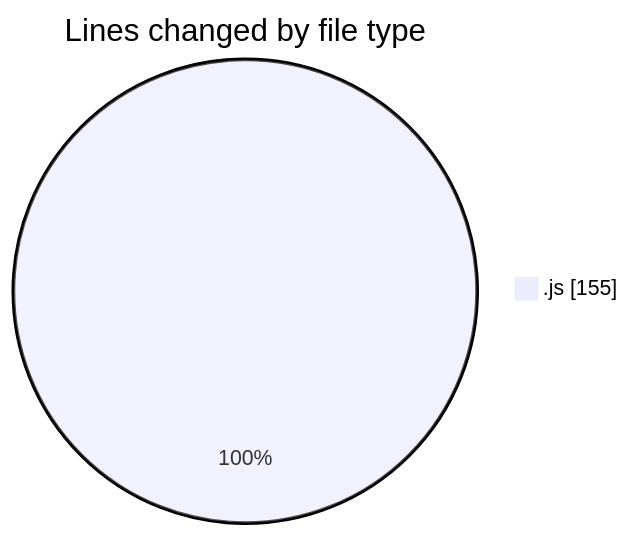
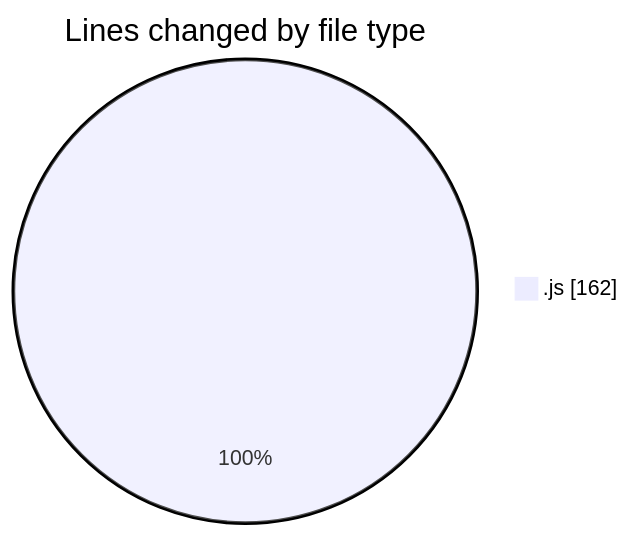
The first of 2 diagrams in 2025-03-13/cda/README.md (momahboobian/code-tracking), drawn with Mermaid before and after one commit. The commit also changed other lines of this file and 1 other file, not shown here.

````diff
--- a/2025-03-13/cda/README.md
+++ b/2025-03-13/cda/README.md
@@ -22,5 +22,5 @@
 ```mermaid
 pie showData
 title Lines changed by file type
-".js" : 155
+".js" : 162
 ```
````
